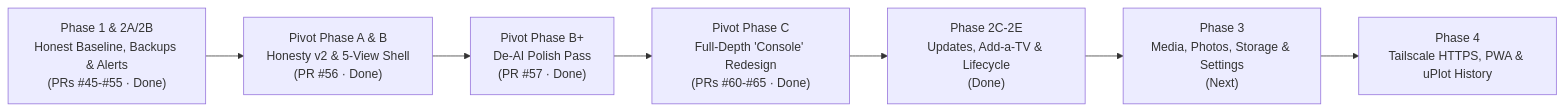
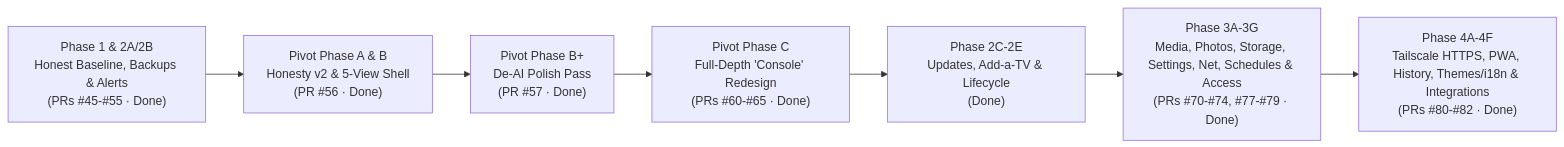
One commit to RAM-MAHESHWARI24/homelab-blueprint changed the diagram in Control Hub Improvement Plan.md. Above: the diagram before and after it, drawn with Mermaid. The commit also changed other lines of this file and 11 other files, not shown here.

Commit message:
fix(control-hub): fix high-contrast integrations surface, expand PWA/WCAG tests, and sync roadmap

````diff
--- a/Control Hub Improvement Plan.md
+++ b/Control Hub Improvement Plan.md
@@ -18,9 +18,9 @@
 ```mermaid
 flowchart LR
     P1["Phase 1 & 2A/2B<br/>Honest Baseline, Backups & Alerts<br/>(PRs #45-#55 · Done)"] --> PA["Pivot Phase A & B<br/>Honesty v2 & 5-View Shell<br/>(PR #56 · Done)"]
     PA --> PB["Pivot Phase B+<br/>De-AI Polish Pass<br/>(PR #57 · Done)"]
     PB --> PC["Pivot Phase C<br/>Full-Depth 'Console' Redesign<br/>(PRs #60-#65 · Done)"]
     PC --> P2["Phase 2C-2E<br/>Updates, Add-a-TV & Lifecycle<br/>(Done)"]
-    P2 --> P3["Phase 3<br/>Media, Photos, Storage & Settings<br/>(Next)"]
-    P3 --> P4["Phase 4<br/>Tailscale HTTPS, PWA & uPlot History"]
+    P2 --> P3["Phase 3A-3G<br/>Media, Photos, Storage, Settings, Net, Schedules & Access<br/>(PRs #70-#74, #77-#79 · Done)"]
+    P3 --> P4["Phase 4A-4F<br/>Tailscale HTTPS, PWA, History, Themes/i18n & Integrations<br/>(PRs #80-#82 · Done)"]
 ```
````
